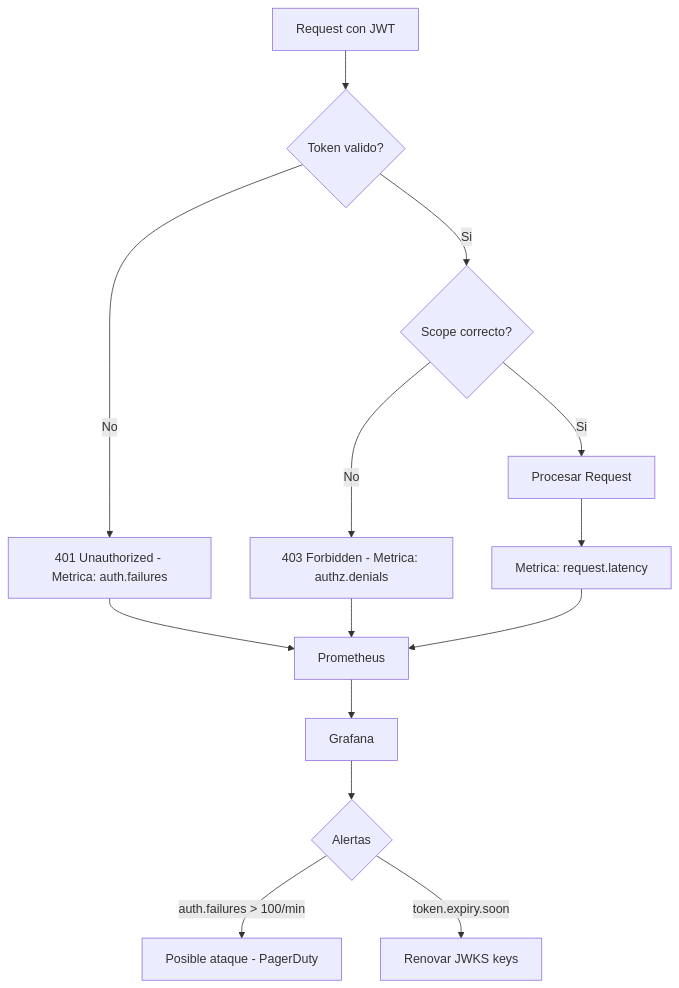
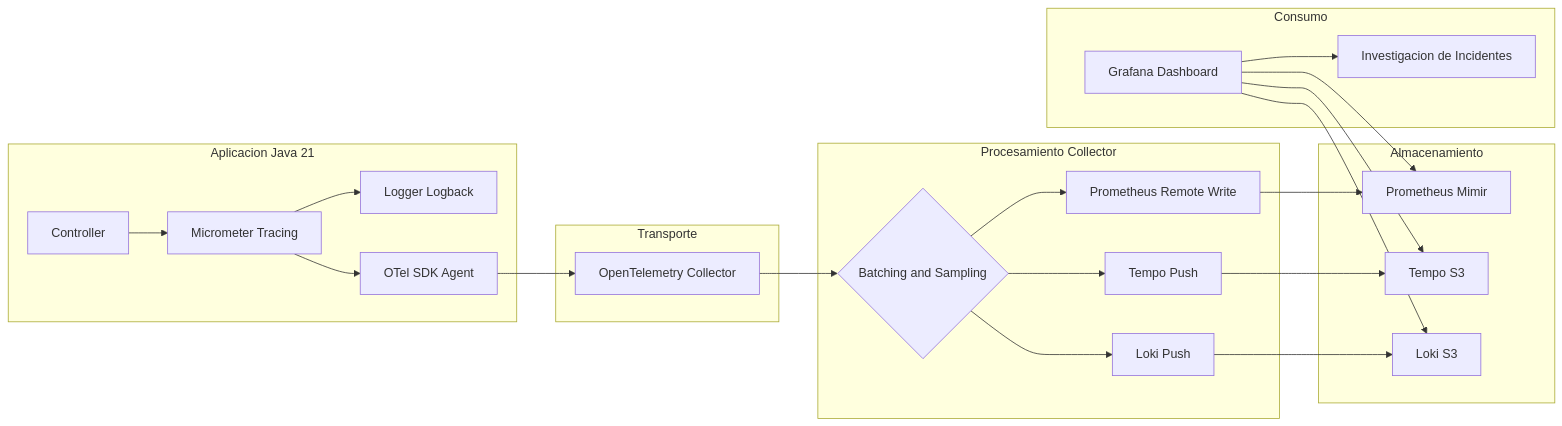
The second of 3 diagrams in 06_Seguridad/jwt_oauth2_y_zero_trust_security_con_java_21_STAFF.md (Joaquinriosheredia/DAM-Java-Mastery), drawn with Mermaid before and after one commit. The commit also changed other lines of this file, not shown here.

Commit message:
jwt_oauth2_y_zero_trust_security_con_java_21_STAFF.md

````diff
--- a/06_Seguridad/jwt_oauth2_y_zero_trust_security_con_java_21_STAFF.md
+++ b/06_Seguridad/jwt_oauth2_y_zero_trust_security_con_java_21_STAFF.md
@@ -316,16 +139,32 @@
 ```mermaid
-graph TD
-    A[Request con JWT] --> B{Token valido?}
-    B -->|No| C[401 Unauthorized - Metrica: auth.failures]
-    B -->|Si| D{Scope correcto?}
-    D -->|No| E[403 Forbidden - Metrica: authz.denials]
-    D -->|Si| F[Procesar Request]
-    F --> G[Metrica: request.latency]
-    C --> H[Prometheus]
-    E --> H
-    G --> H
-    H --> I[Grafana]
-    I --> J{Alertas}
-    J -->|auth.failures > 100/min| K[Posible ataque - PagerDuty]
-    J -->|token.expiry.soon| L[Renovar JWKS keys]
+graph LR
+    subgraph "Aplicacion Java 21"
+        A[Controller] --> B[Micrometer Tracing]
+        B --> C[Logger Logback]
+        B --> D[OTel SDK Agent]
+    end
+
+    subgraph "Transporte"
+        D --> E[OpenTelemetry Collector]
+    end
+
+    subgraph "Procesamiento Collector"
+        E --> F{Batching and Sampling}
+        F --> G[Prometheus Remote Write]
+        F --> H[Tempo Push]
+        F --> I[Loki Push]
+    end
+
+    subgraph "Almacenamiento"
+        G --> J[Prometheus Mimir]
+        H --> K[Tempo S3]
+        I --> L[Loki S3]
+    end
+
+    subgraph "Consumo"
+        M[Grafana Dashboard] --> J
+        M --> K
+        M --> L
+        M --> N[Investigacion de Incidentes]
+    end
 ```
````
